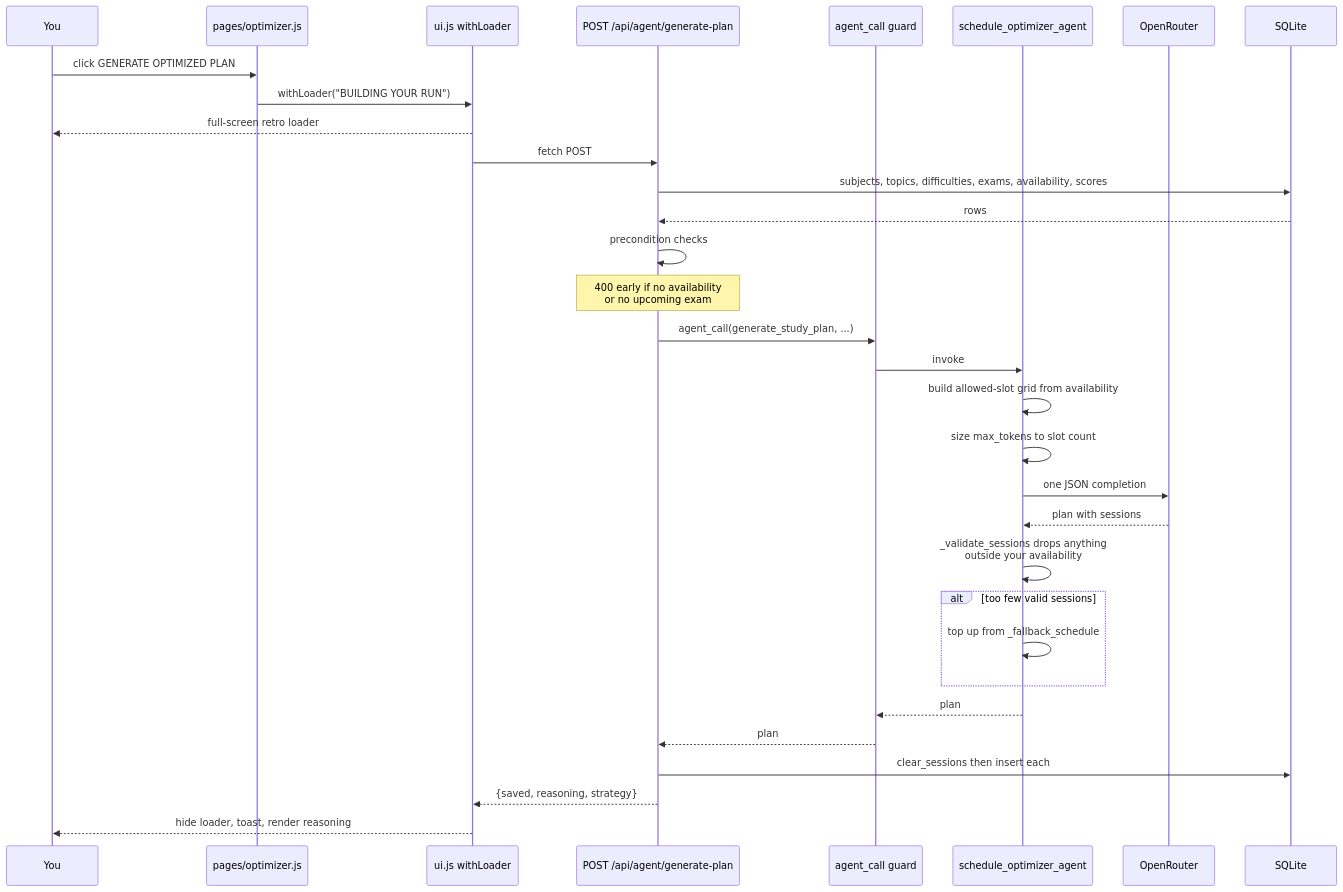
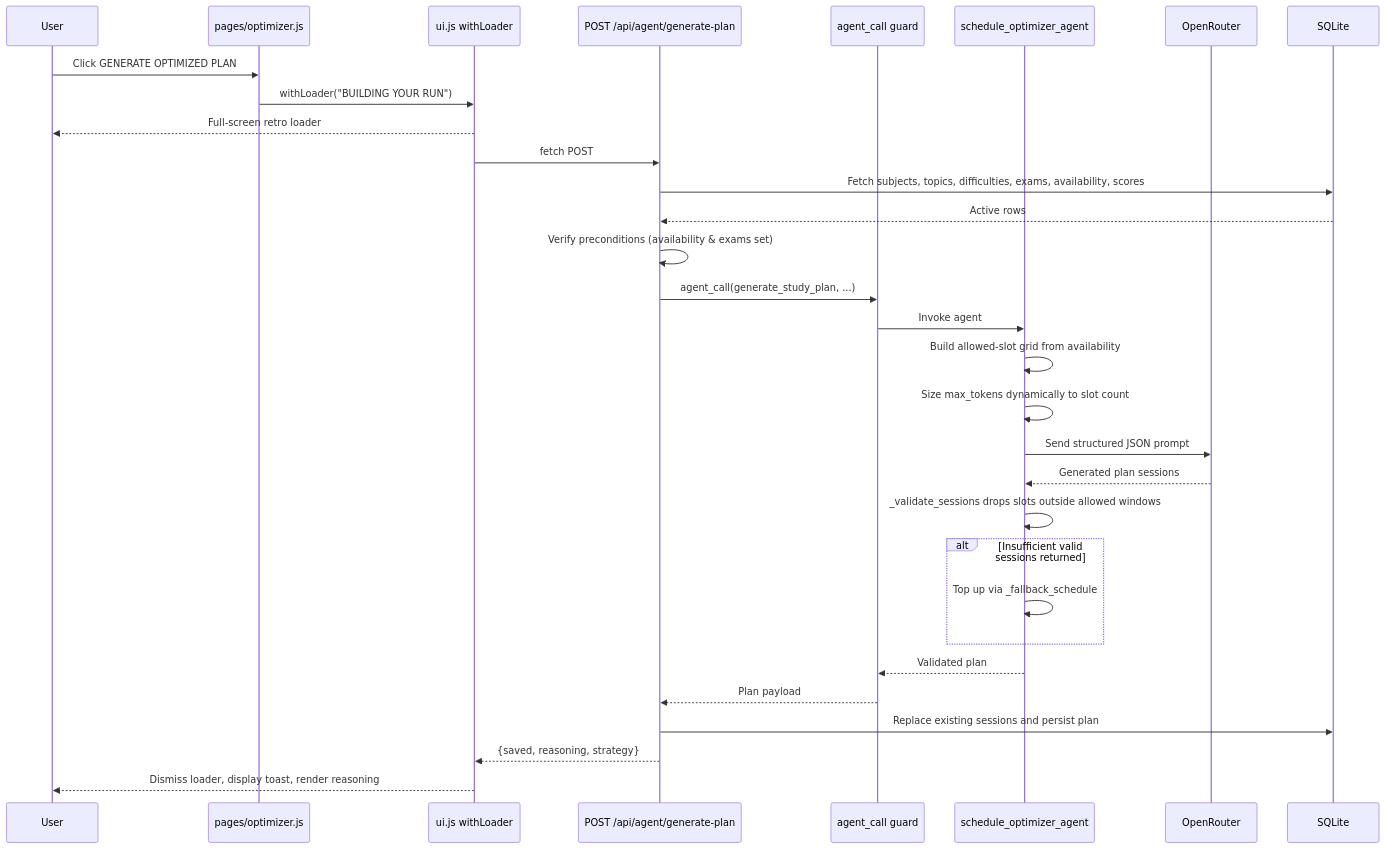
The second of 6 diagrams in README.md (Ramcharan-Tej-S/SADHANA1.0), drawn with Mermaid before and after one commit. The commit also changed other lines of this file, not shown here.

````diff
--- a/README.md
+++ b/README.md
@@ -169,35 +181,34 @@
 ```mermaid
 sequenceDiagram
-    participant U as You
+    participant U as User
     participant P as pages/optimizer.js
     participant UI as ui.js withLoader
     participant API as POST /api/agent/generate-plan
     participant G as agent_call guard
     participant AG as schedule_optimizer_agent
     participant M as OpenRouter
     participant DB as SQLite
 
-    U->>P: click GENERATE OPTIMIZED PLAN
+    U->>P: Click GENERATE OPTIMIZED PLAN
     P->>UI: withLoader("BUILDING YOUR RUN")
-    UI-->>U: full-screen retro loader
+    UI-->>U: Full-screen retro loader
     UI->>API: fetch POST
-    API->>DB: subjects, topics, difficulties, exams, availability, scores
-    DB-->>API: rows
-    API->>API: precondition checks
-    Note over API: 400 early if no availability<br/>or no upcoming exam
+    API->>DB: Fetch subjects, topics, difficulties, exams, availability, scores
+    DB-->>API: Active rows
+    API->>API: Verify preconditions (availability & exams set)
     API->>G: agent_call(generate_study_plan, ...)
-    G->>AG: invoke
-    AG->>AG: build allowed-slot grid from availability
-    AG->>AG: size max_tokens to slot count
-    AG->>M: one JSON completion
-    M-->>AG: plan with sessions
-    AG->>AG: _validate_sessions drops anything<br/>outside your availability
-    alt too few valid sessions
-        AG->>AG: top up from _fallback_schedule
+    G->>AG: Invoke agent
+    AG->>AG: Build allowed-slot grid from availability
+    AG->>AG: Size max_tokens dynamically to slot count
+    AG->>M: Send structured JSON prompt
+    M-->>AG: Generated plan sessions
+    AG->>AG: _validate_sessions drops slots outside allowed windows
+    alt Insufficient valid sessions returned
+        AG->>AG: Top up via _fallback_schedule
     end
-    AG-->>G: plan
-    G-->>API: plan
-    API->>DB: clear_sessions then insert each
+    AG-->>G: Validated plan
+    G-->>API: Plan payload
+    API->>DB: Replace existing sessions and persist plan
     API-->>UI: {saved, reasoning, strategy}
-    UI-->>U: hide loader, toast, render reasoning
+    UI-->>U: Dismiss loader, display toast, render reasoning
 ```
````
